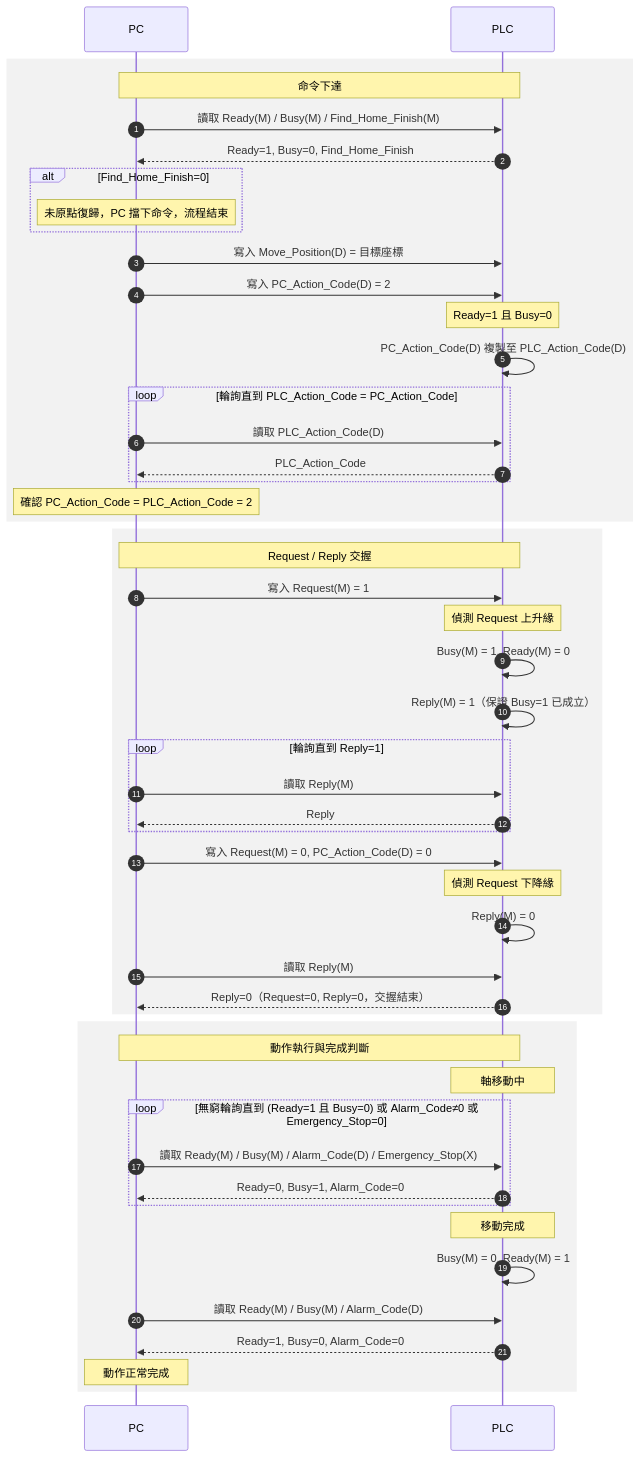
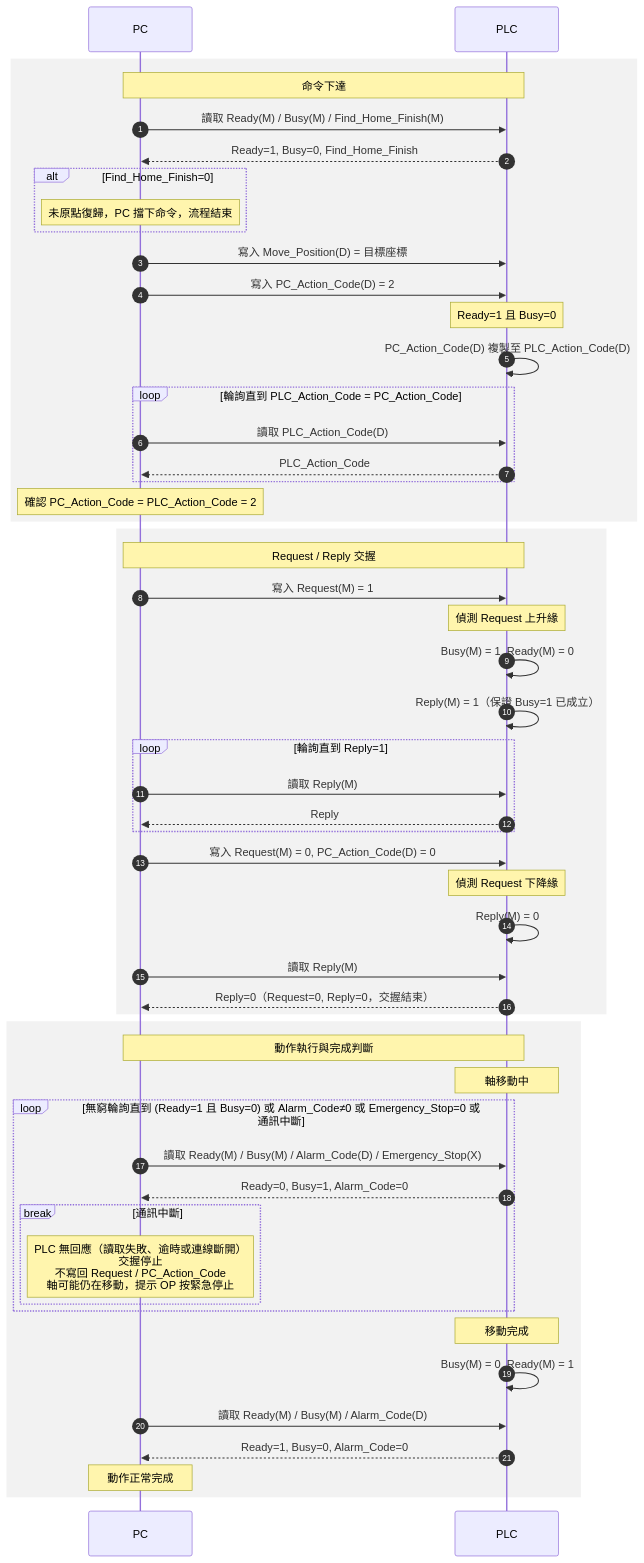
The first of 8 diagrams in docs/PLC_PC_Modbus_通訊規格.md (Jimengyi/PLC-and-PL-Modbus-Motion), drawn with Mermaid before and after one commit. The commit also changed other lines of this file, not shown here.

````diff
--- a/docs/PLC_PC_Modbus_通訊規格.md
+++ b/docs/PLC_PC_Modbus_通訊規格.md
@@ -207,55 +208,58 @@
 ```mermaid
 sequenceDiagram
     autonumber
     participant PC
     participant PLC
 
     rect rgba(128, 128, 128, 0.1)
     Note over PC,PLC: 命令下達
     PC->>PLC: 讀取 Ready(M) / Busy(M) / Find_Home_Finish(M)
     PLC-->>PC: Ready=1, Busy=0, Find_Home_Finish
     alt Find_Home_Finish=0
         Note over PC: 未原點復歸，PC 擋下命令，流程結束
     end
     PC->>PLC: 寫入 Move_Position(D) = 目標座標
     PC->>PLC: 寫入 PC_Action_Code(D) = 2
     Note over PLC: Ready=1 且 Busy=0
     PLC->>PLC: PC_Action_Code(D) 複製至 PLC_Action_Code(D)
     loop 輪詢直到 PLC_Action_Code = PC_Action_Code
         PC->>PLC: 讀取 PLC_Action_Code(D)
         PLC-->>PC: PLC_Action_Code
     end
     Note over PC: 確認 PC_Action_Code = PLC_Action_Code = 2
     end
 
     rect rgba(128, 128, 128, 0.1)
     Note over PC,PLC: Request / Reply 交握
     PC->>PLC: 寫入 Request(M) = 1
     Note over PLC: 偵測 Request 上升緣
     PLC->>PLC: Busy(M) = 1, Ready(M) = 0
     PLC->>PLC: Reply(M) = 1（保證 Busy=1 已成立）
     loop 輪詢直到 Reply=1
         PC->>PLC: 讀取 Reply(M)
         PLC-->>PC: Reply
     end
     PC->>PLC: 寫入 Request(M) = 0, PC_Action_Code(D) = 0
     Note over PLC: 偵測 Request 下降緣
     PLC->>PLC: Reply(M) = 0
     PC->>PLC: 讀取 Reply(M)
     PLC-->>PC: Reply=0（Request=0, Reply=0，交握結束）
     end
 
     rect rgba(128, 128, 128, 0.1)
     Note over PC,PLC: 動作執行與完成判斷
     Note over PLC: 軸移動中
-    loop 無窮輪詢直到 (Ready=1 且 Busy=0) 或 Alarm_Code≠0 或 Emergency_Stop=0
+    loop 無窮輪詢直到 (Ready=1 且 Busy=0) 或 Alarm_Code≠0 或 Emergency_Stop=0 或 通訊中斷
         PC->>PLC: 讀取 Ready(M) / Busy(M) / Alarm_Code(D) / Emergency_Stop(X)
         PLC-->>PC: Ready=0, Busy=1, Alarm_Code=0
+        break 通訊中斷
+            Note over PC: PLC 無回應（讀取失敗、逾時或連線斷開）<br/>交握停止<br/>不寫回 Request / PC_Action_Code<br/>軸可能仍在移動，提示 OP 按緊急停止
+        end
     end
     Note over PLC: 移動完成
     PLC->>PLC: Busy(M) = 0, Ready(M) = 1
     PC->>PLC: 讀取 Ready(M) / Busy(M) / Alarm_Code(D)
     PLC-->>PC: Ready=1, Busy=0, Alarm_Code=0
     Note over PC: 動作正常完成
     end
 ```
````
